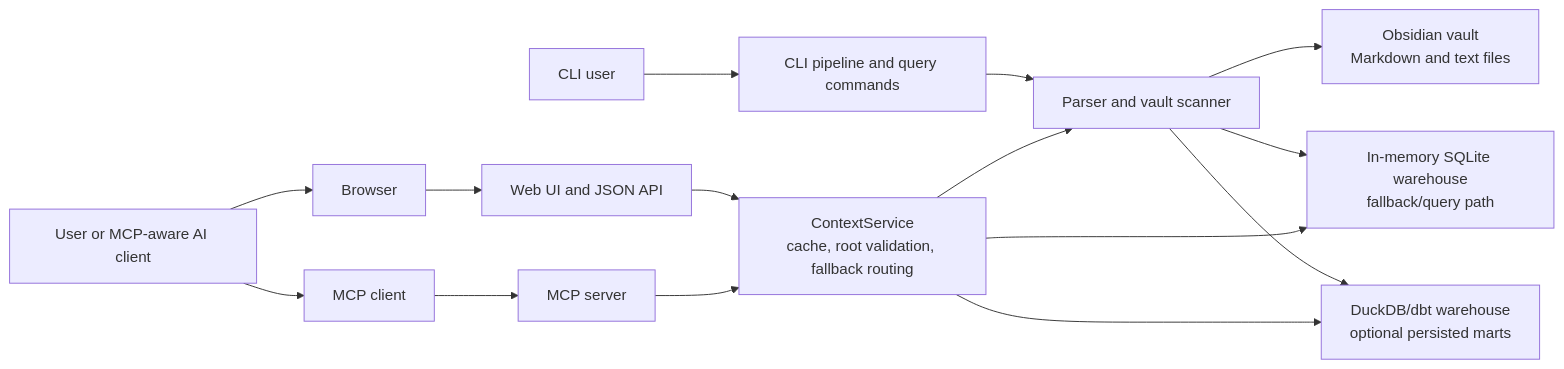
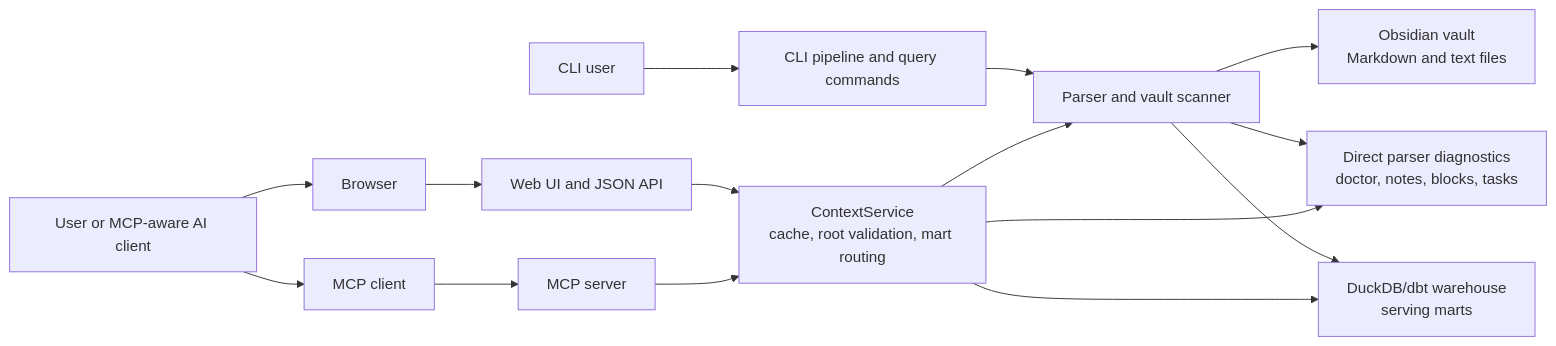
Before and after one commit to gavinsomers/obsidian-mcp-context: the first of 2 diagrams in docs/architecture.md, drawn with Mermaid. The commit also changed other lines of this file and 6 other files, not shown here.

Commit message:
Make warehouse marts the default serving path

````diff
--- a/docs/architecture.md
+++ b/docs/architecture.md
@@ -16,34 +16,34 @@
 ```mermaid
 flowchart LR
   user["User or MCP-aware AI client"]
   browser["Browser"]
   mcp_client["MCP client"]
   cli_user["CLI user"]
 
   vault["Obsidian vault<br/>Markdown and text files"]
   parser["Parser and vault scanner"]
-  memory["In-memory SQLite warehouse<br/>fallback/query path"]
-  duckdb["DuckDB/dbt warehouse<br/>optional persisted marts"]
-  service["ContextService<br/>cache, root validation, fallback routing"]
+  diagnostics["Direct parser diagnostics<br/>doctor, notes, blocks, tasks"]
+  duckdb["DuckDB/dbt warehouse<br/>serving marts"]
+  service["ContextService<br/>cache, root validation, mart routing"]
 
   web["Web UI and JSON API"]
   mcp["MCP server"]
   cli["CLI pipeline and query commands"]
 
   user --> browser
   user --> mcp_client
   cli_user --> cli
   browser --> web
   mcp_client --> mcp
 
   cli --> parser
   parser --> vault
-  parser --> memory
+  parser --> diagnostics
   parser --> duckdb
 
   web --> service
   mcp --> service
   service --> parser
-  service --> memory
+  service --> diagnostics
   service --> duckdb
 ```
````
